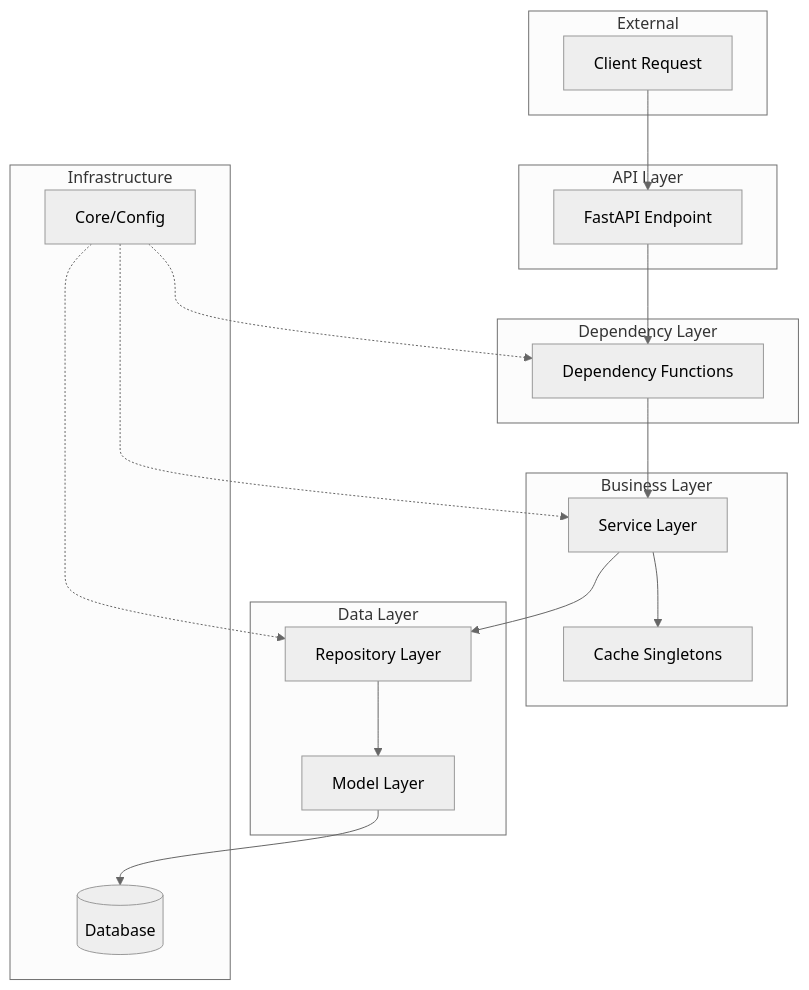
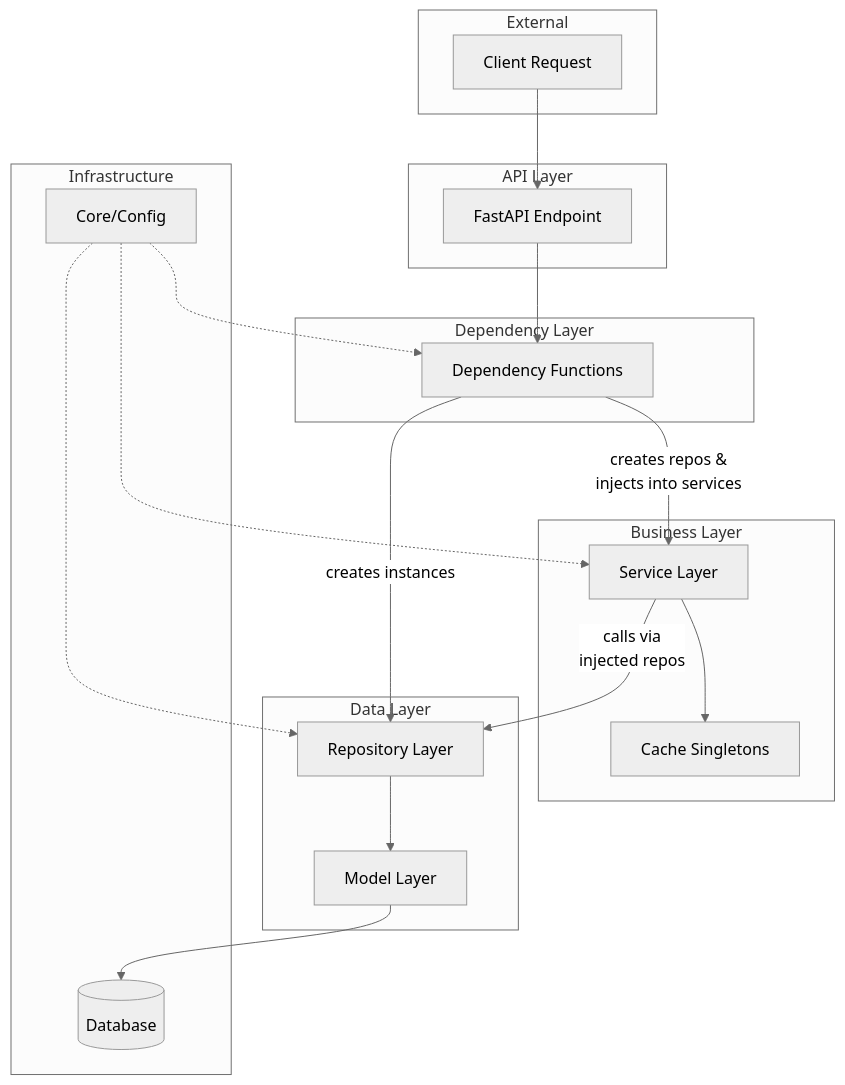
One commit to eslam5464/Fastapi-Template changed the first of 8 diagrams in docs/backend-architecture.md. Above: the diagram before and after it, drawn with Mermaid (neutral theme). The commit also changed other lines of this file, not shown here.

Commit message:
update backend architecture documentation for clarity and scalability

````diff
--- a/docs/backend-architecture.md
+++ b/docs/backend-architecture.md
@@ -31,40 +34,41 @@
 ```mermaid
 flowchart TB
     subgraph "External"
         Client[Client Request]
     end
 
     subgraph "API Layer"
         Endpoint[FastAPI Endpoint]
     end
 
     subgraph "Dependency Layer"
         Deps[Dependency Functions]
     end
 
     subgraph "Business Layer"
         Service[Service Layer]
         Cache[Cache Singletons]
     end
 
     subgraph "Data Layer"
         Repo[Repository Layer]
         Model[Model Layer]
     end
 
     subgraph "Infrastructure"
         DB[(Database)]
         Core[Core/Config]
     end
 
     Client --> Endpoint
     Endpoint --> Deps
-    Deps --> Service
+    Deps -->|creates repos &<br/>injects into services| Service
+    Deps -->|creates instances| Repo
     Service --> Cache
-    Service --> Repo
+    Service -->|calls via<br/>injected repos| Repo
     Repo --> Model
     Model --> DB
     Core -.-> Deps
     Core -.-> Service
     Core -.-> Repo
 ```
````
